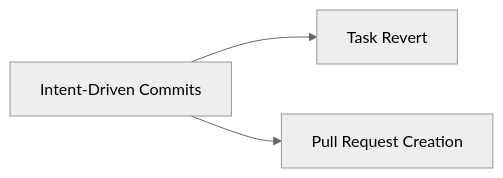
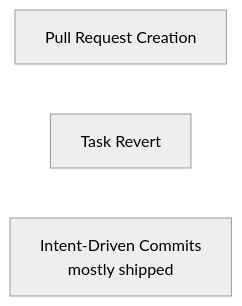
One commit to changkun/wallfacer changed the fourth of 4 diagrams in specs/README.md. Above: the diagram before and after it, drawn with Mermaid (neutral theme). The commit also changed other lines of this file, not shown here.

First line of the commit message:
spec(README): rebuild roadmap for the reorg and refined statuses

````diff
--- a/specs/README.md
+++ b/specs/README.md
@@ -236,5 +236,7 @@
 ```mermaid
 graph LR
-  IC[Intent-Driven Commits] --> TR[Task Revert]
-  IC --> PR[Pull Request Creation]
+  PR[Pull Request Creation]
+  TR[Task Revert]
+  IC[Intent-Driven Commits<br/>mostly shipped]
+  style IC fill:#eee,stroke:#999
 ```
````
